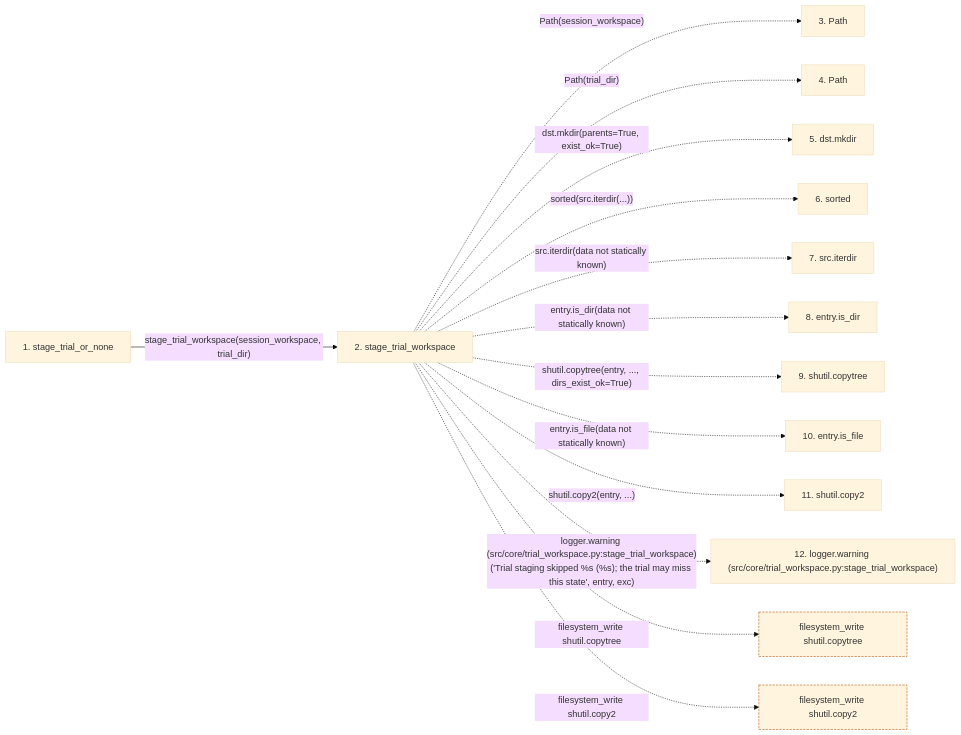
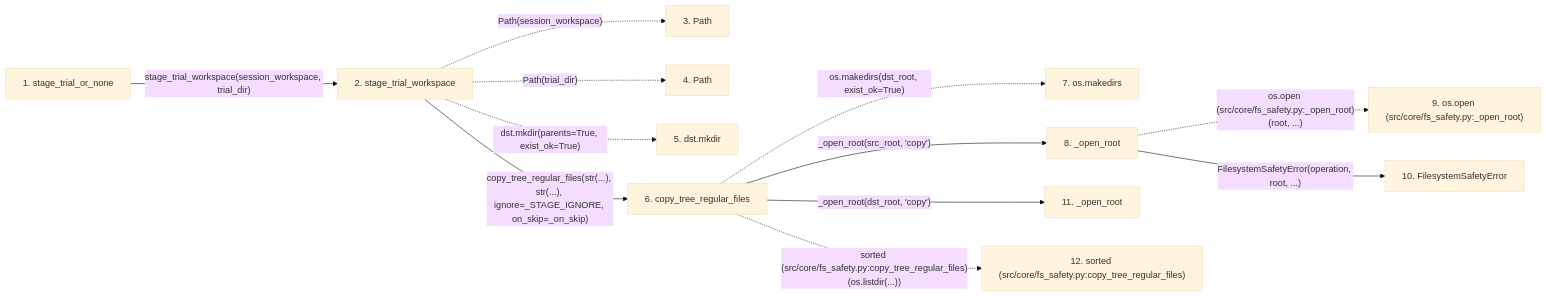
Before and after one commit to Denissvgn/autoresearch-agent: the second of 2 diagrams in docs/llm_wiki/flows/api-stage_trial_or_none.md, drawn with Mermaid (base theme). The commit also changed other lines of this file and 34 other files, not shown here.

First line of the commit message:
docs(wiki): sync pages for the no-follow filesystem safety module

````diff
--- a/docs/llm_wiki/flows/api-stage_trial_or_none.md
+++ b/docs/llm_wiki/flows/api-stage_trial_or_none.md
@@ -48,35 +94,32 @@
 ```mermaid
 flowchart LR
     s1["1. stage_trial_or_none"]
     s2["2. stage_trial_workspace"]
     s3["3. Path"]
     s4["4. Path"]
     s5["5. dst.mkdir"]
-    s6["6. sorted"]
-    s7["7. src.iterdir"]
-    s8["8. entry.is_dir"]
-    s9["9. shutil.copytree"]
-    s10["10. entry.is_file"]
-    s11["11. shutil.copy2"]
-    s12["12. logger.warning (src/core/trial_workspace.py:stage_trial_workspace)"]
+    s6["6. copy_tree_regular_files"]
+    s7["7. os.makedirs"]
+    s8["8. _open_root"]
+    s9["9. os.open (src/core/fs_safety.py:_open_root)"]
+    s10["10. FilesystemSafetyError"]
+    s11["11. _open_root"]
+    s12["12. sorted (src/core/fs_safety.py:copy_tree_regular_files)"]
     s1 -->|"stage_trial_workspace(session_workspace, trial_dir)"| s2
     s2 -. "Path(session_workspace)" .-> s3
     s2 -. "Path(trial_dir)" .-> s4
     s2 -. "dst.mkdir(parents=True, exist_ok=True)" .-> s5
-    s2 -. "sorted(src.iterdir(...))" .-> s6
-    s2 -. "src.iterdir(data not statically known)" .-> s7
-    s2 -. "entry.is_dir(data not statically known)" .-> s8
-    s2 -. "shutil.copytree(entry, ..., dirs_exist_ok=True)" .-> s9
-    s2 -. "entry.is_file(data not statically known)" .-> s10
-    s2 -. "shutil.copy2(entry, ...)" .-> s11
-    s2 -. "logger.warning (src/core/trial_workspace.py:stage_trial_workspace)('Trial staging skipped %s (%s); the trial may miss this state', entry, exc)" .-> s12
-    b0["filesystem_write shutil.copytree"]
-    s2 -. "filesystem_write shutil.copytree" .-> b0
-    b1["filesystem_write shutil.copy2"]
-    s2 -. "filesystem_write shutil.copy2" .-> b1
+    s2 -->|"copy_tree_regular_files(str(...), str(...), ignore=_STAGE_IGNORE, on_skip=_on_skip)"| s6
+    s6 -. "os.makedirs(dst_root, exist_ok=True)" .-> s7
+    s6 -->|"_open_root(src_root, 'copy')"| s8
+    s8 -. "os.open (src/core/fs_safety.py:_open_root)(root, ...)" .-> s9
+    s8 -->|"FilesystemSafetyError(operation, root, ...)"| s10
+    s6 -->|"_open_root(dst_root, 'copy')"| s11
+    s6 -. "sorted (src/core/fs_safety.py:copy_tree_regular_files)(os.listdir(...))" .-> s12
     click s1 "../modules/trial_workspace.md"
     click s2 "../modules/trial_workspace.md"
-    classDef boundary stroke:#b45309,stroke-dasharray: 4 2
-    class b0 boundary
-    class b1 boundary
+    click s6 "../modules/fs_safety.md"
+    click s8 "../modules/fs_safety.md"
+    click s10 "../modules/fs_safety.md"
+    click s11 "../modules/fs_safety.md"
 ```
````
